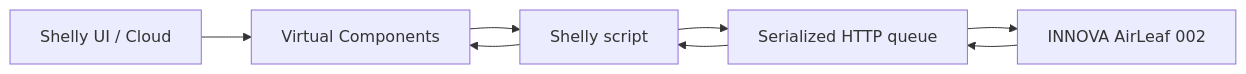
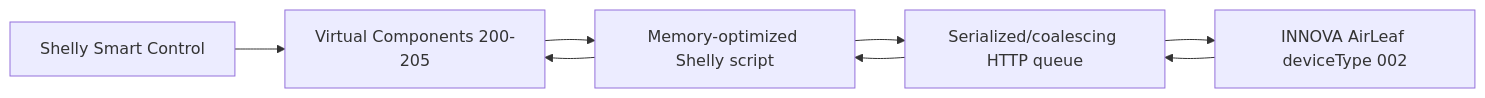
The diagram in ARCHITECTURE.md (drHouse-gif/drHouse-gif-innova-airleaf-shelly), drawn with Mermaid before and after one commit. The commit also changed other lines of this file, not shown here.

Commit message:
Update AirLeaf runtime architecture

````diff
--- a/ARCHITECTURE.md
+++ b/ARCHITECTURE.md
@@ -7,10 +7,10 @@
 ```mermaid
 flowchart LR
-    U["Shelly UI / Cloud"] --> VC["Virtual Components"]
-    VC --> S["Shelly script"]
-    S --> Q["Serialized HTTP queue"]
-    Q --> I["INNOVA AirLeaf 002"]
+    U["Shelly Smart Control"] --> VC["Virtual Components 200-205"]
+    VC --> S["Memory-optimized Shelly script"]
+    S --> Q["Serialized/coalescing HTTP queue"]
+    Q --> I["INNOVA AirLeaf deviceType 002"]
     I --> Q
     Q --> S
     S --> VC
 ```
````
